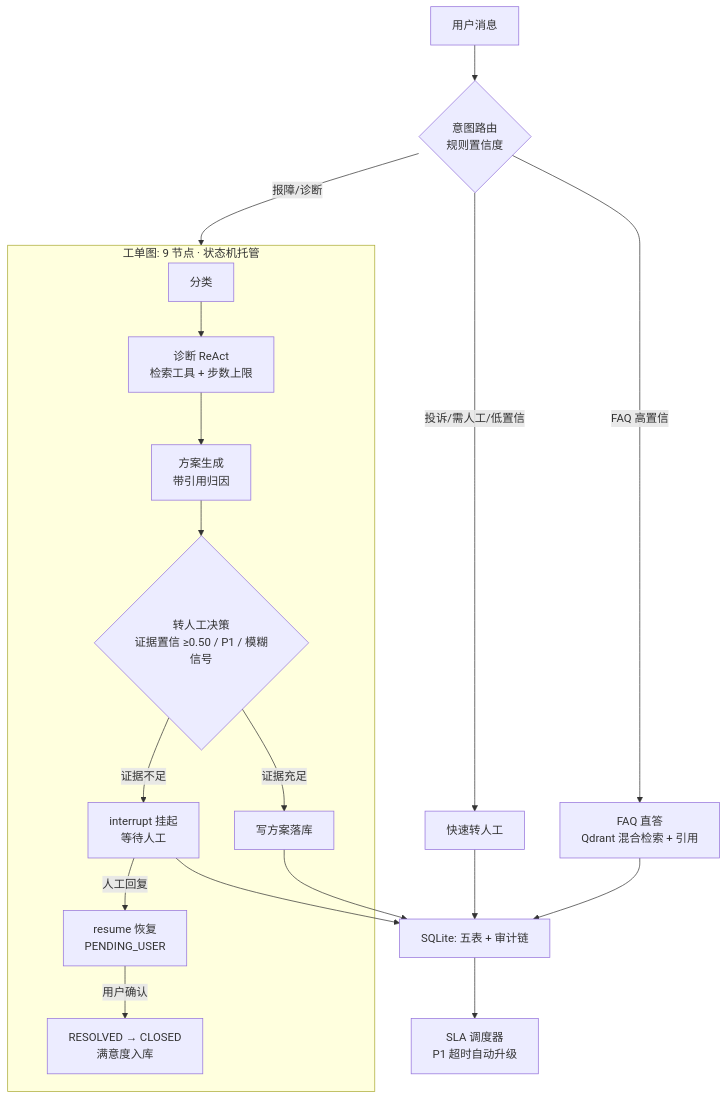
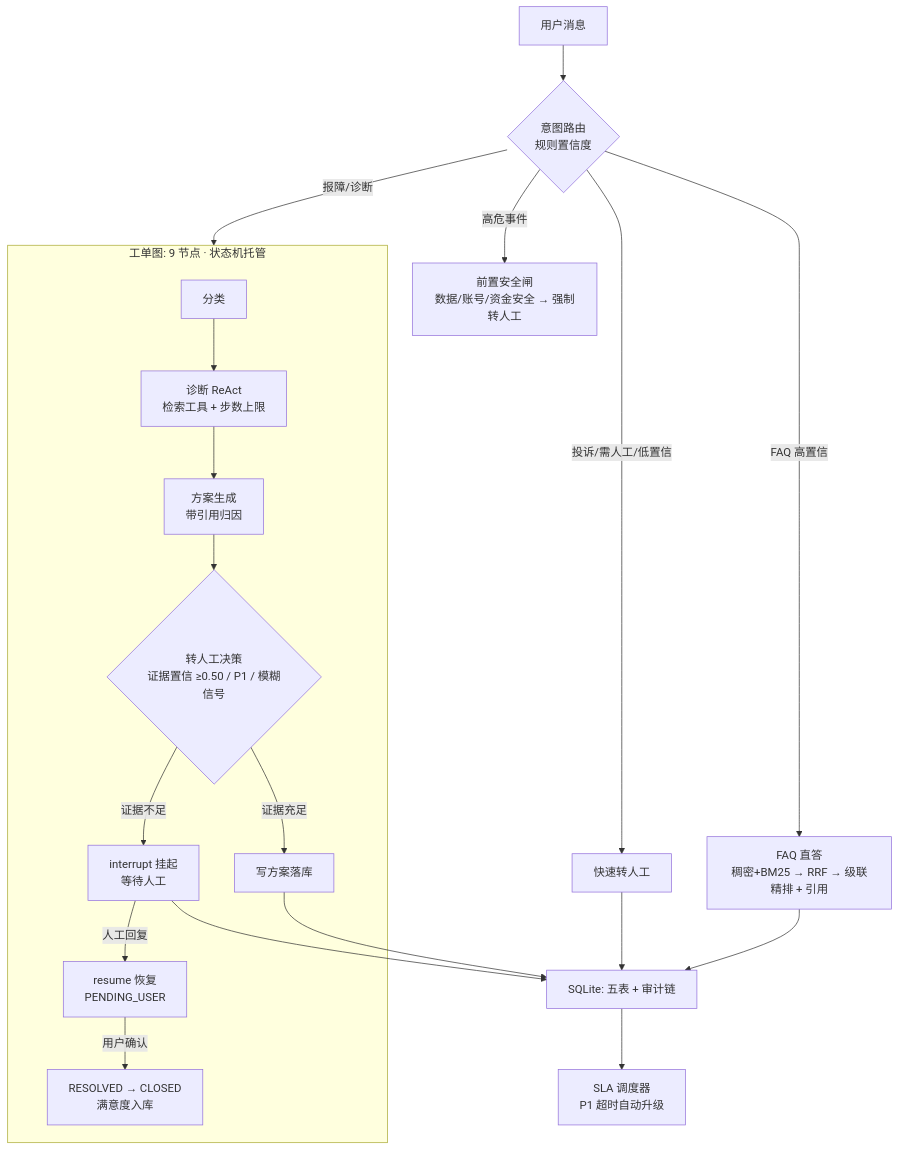
One commit to Li-Will/project03 changed the diagram in README.md. Above: the diagram before and after it, drawn with Mermaid. The commit also changed other lines of this file and 12 other files, not shown here.

````diff
--- a/README.md
+++ b/README.md
@@ -16,23 +16,24 @@
 ```mermaid
 flowchart TD
     U[用户消息] --> I{意图路由<br/>规则置信度}
-    I -->|FAQ 高置信| F[FAQ 直答<br/>Qdrant 混合检索 + 引用]
+    I -->|高危事件| P[前置安全闸<br/>数据/账号/资金安全 → 强制转人工]
+    I -->|FAQ 高置信| F[FAQ 直答<br/>稠密+BM25 → RRF → 级联精排 + 引用]
     I -->|报障/诊断| G[LangGraph 工单图]
     I -->|投诉/需人工/低置信| H[快速转人工]
 
     subgraph G [工单图: 9 节点 · 状态机托管]
         C[分类] --> D[诊断 ReAct<br/>检索工具 + 步数上限]
         D --> S[方案生成<br/>带引用归因]
         S --> T{转人工决策<br/>证据置信 ≥0.50 / P1 / 模糊信号}
         T -->|证据不足| E[interrupt 挂起<br/>等待人工]
         T -->|证据充足| W[写方案落库]
         E -->|人工回复| R[resume 恢复<br/>PENDING_USER]
         R -->|用户确认| X[RESOLVED → CLOSED<br/>满意度入库]
     end
 
     F --> V[SQLite: 五表 + 审计链]
     W --> V
     H --> V
     E --> V
     V --> A[SLA 调度器<br/>P1 超时自动升级]
 ```
````
